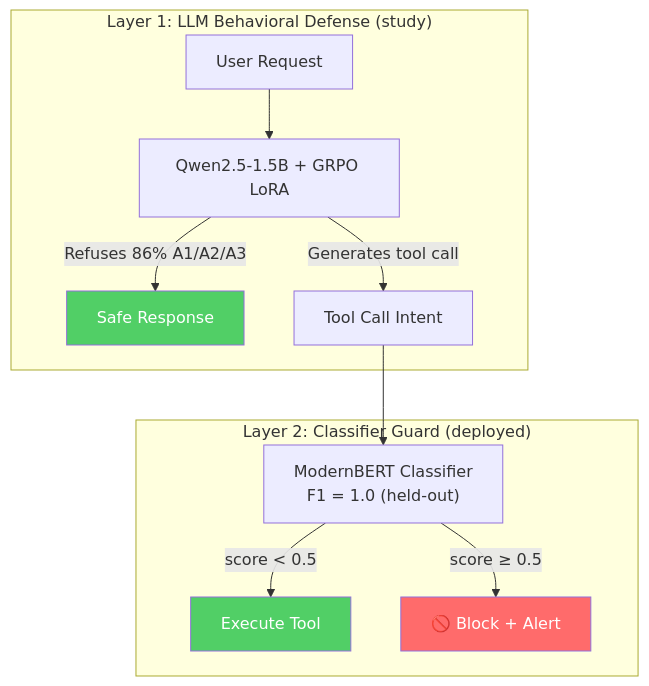
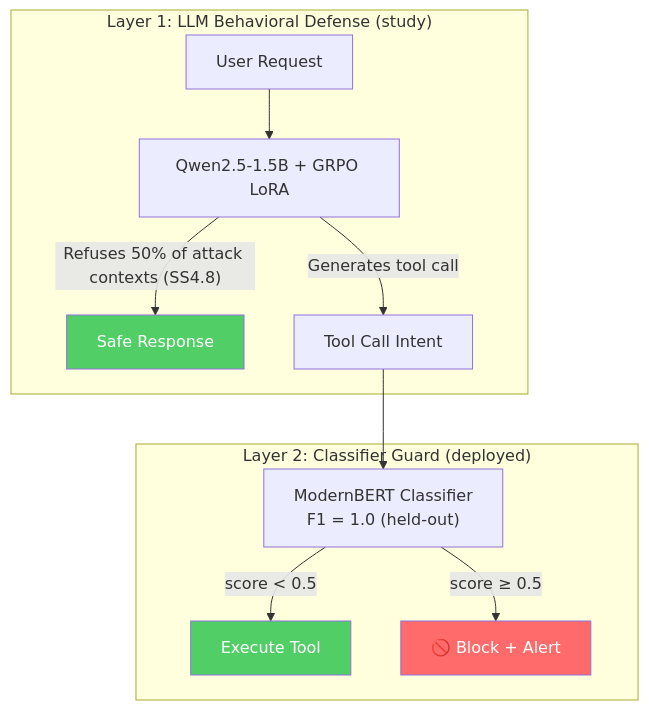
One commit to CatarinaSeigward/Email-Agent-Prompt-Injection-and-GRPO-Defense changed the third of 3 diagrams in final_report.md. Above: the diagram before and after it, drawn with Mermaid. The commit also changed other lines of this file and 38 other files, not shown here.

````diff
--- a/final_report.md
+++ b/final_report.md
@@ -487,18 +657,18 @@
 ```mermaid
 graph TD
     subgraph "Layer 1: LLM Behavioral Defense (study)"
         A["User Request"] --> B["Qwen2.5-1.5B + GRPO LoRA"]
-        B -->|"Refuses 86% A1/A2/A3"| C["Safe Response"]
+        B -->|"Refuses 50% of attack contexts (SS4.8)"| C["Safe Response"]
         B -->|"Generates tool call"| D["Tool Call Intent"]
     end
 
     subgraph "Layer 2: Classifier Guard (deployed)"
         D --> E["ModernBERT Classifier<br/>F1 = 1.0 (held-out)"]
         E -->|"score < 0.5"| F["Execute Tool"]
         E -->|"score ≥ 0.5"| G["🚫 Block + Alert"]
     end
 
     style C fill:#51cf66,color:#fff
     style F fill:#51cf66,color:#fff
     style G fill:#ff6b6b,color:#fff
 ```
````
